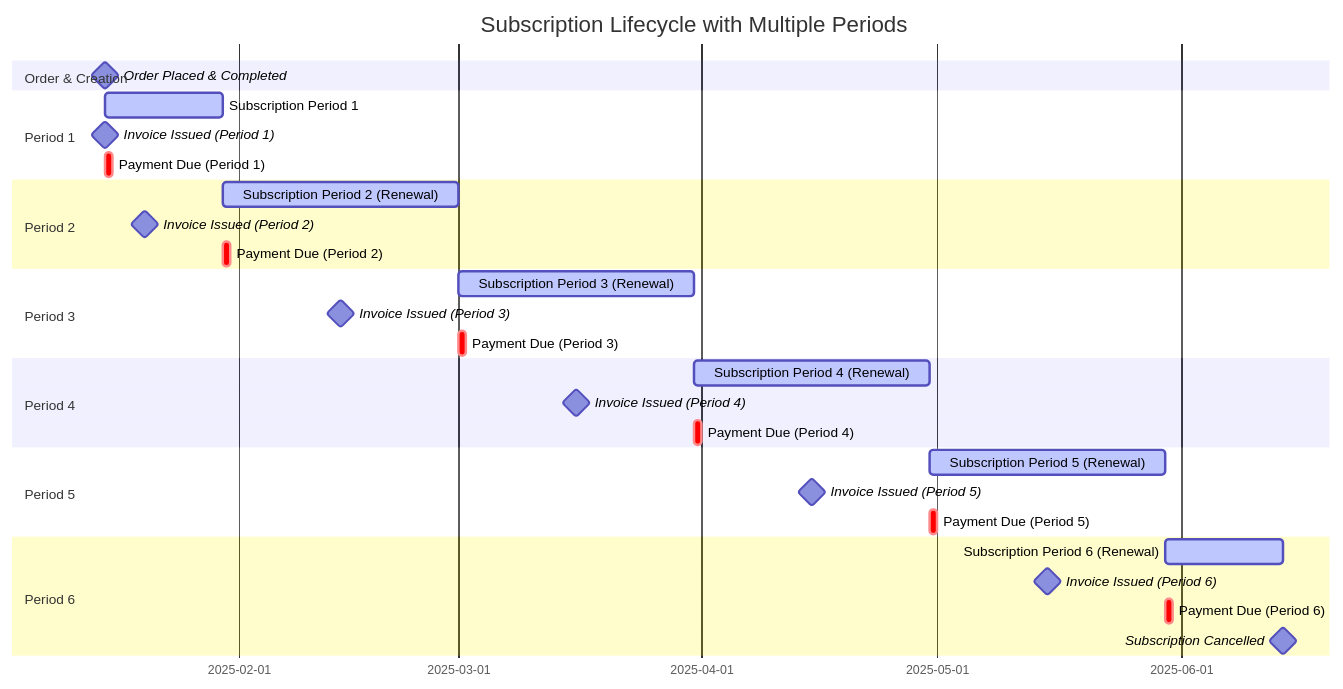
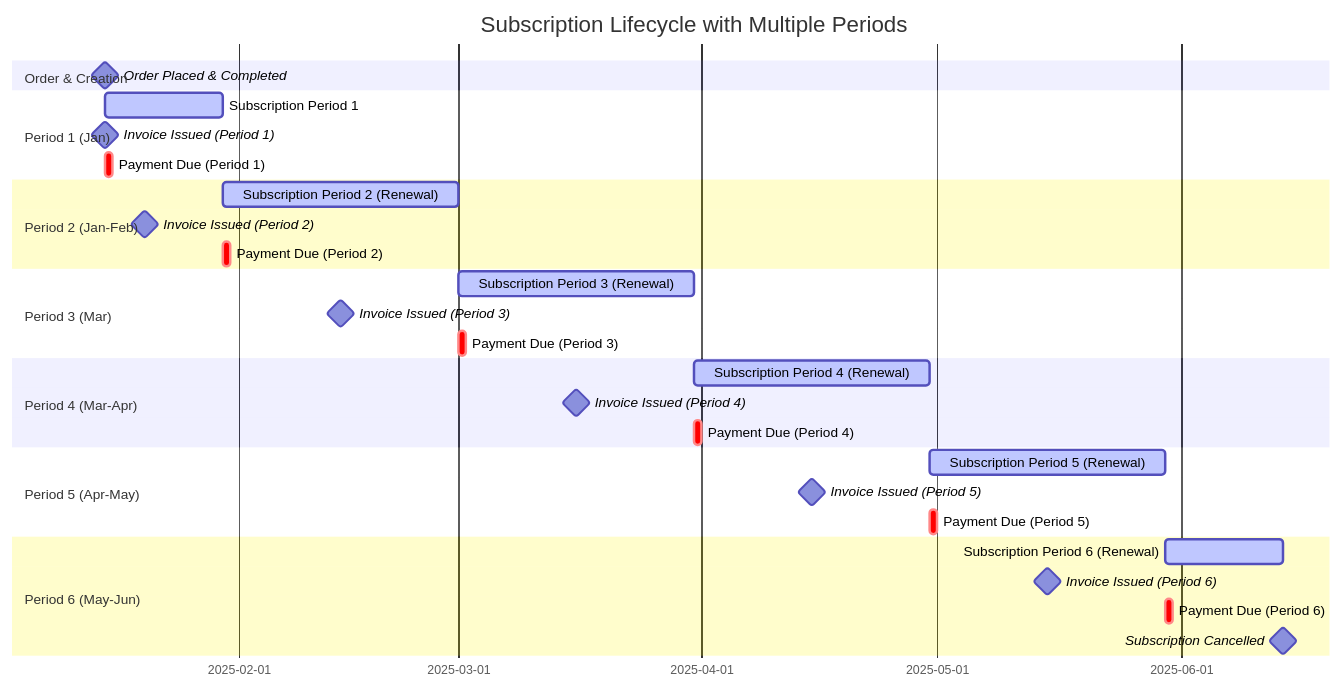
Before and after one commit to infosoftas/info-subscription-doc: the first of 2 diagrams in source/subscription/lifecycle.rst, drawn with Mermaid.

Commit message:
Fix Gantt chart section labels to accurately reflect date ranges

```diff
--- a/source/subscription/lifecycle.rst
+++ b/source/subscription/lifecycle.rst
@@ -65,39 +65,39 @@
 .. mermaid::
 
     gantt
         title Subscription Lifecycle with Multiple Periods
         dateFormat  YYYY-MM-DD
         
         section Order & Creation
             Order Placed & Completed   :milestone, order, 2025-01-15, 0d
             
-        section Period 1
+        section Period 1 (Jan)
             Subscription Period 1   :active, period1, 2025-01-15, 15d
             Invoice Issued (Period 1)   :milestone, inv1, 2025-01-15, 0d
             Payment Due (Period 1)   :crit, due1, 2025-01-15, 1d
             
-        section Period 2
+        section Period 2 (Jan-Feb)
             Subscription Period 2 (Renewal)   :active, period2, 2025-01-30, 30d
             Invoice Issued (Period 2)   :milestone, inv2, 2025-01-20, 0d
             Payment Due (Period 2)   :crit, due2, 2025-01-30, 1d
             
-        section Period 3
+        section Period 3 (Mar)
             Subscription Period 3 (Renewal)   :active, period3, 2025-03-01, 30d
             Invoice Issued (Period 3)   :milestone, inv3, 2025-02-14, 0d
             Payment Due (Period 3)   :crit, due3, 2025-03-01, 1d
             
-        section Period 4
+        section Period 4 (Mar-Apr)
             Subscription Period 4 (Renewal)   :active, period4, 2025-03-31, 30d
             Invoice Issued (Period 4)   :milestone, inv4, 2025-03-16, 0d
             Payment Due (Period 4)   :crit, due4, 2025-03-31, 1d
             
-        section Period 5
+        section Period 5 (Apr-May)
             Subscription Period 5 (Renewal)   :active, period5, 2025-04-30, 30d
             Invoice Issued (Period 5)   :milestone, inv5, 2025-04-15, 0d
             Payment Due (Period 5)   :crit, due5, 2025-04-30, 1d
             
-        section Period 6
+        section Period 6 (May-Jun)
             Subscription Period 6 (Renewal)   :active, period6, 2025-05-30, 15d
             Invoice Issued (Period 6)   :milestone, inv6, 2025-05-15, 0d
             Payment Due (Period 6)   :crit, due6, 2025-05-30, 1d
             Subscription Cancelled   :milestone, cancel, 2025-06-14, 0d
```
